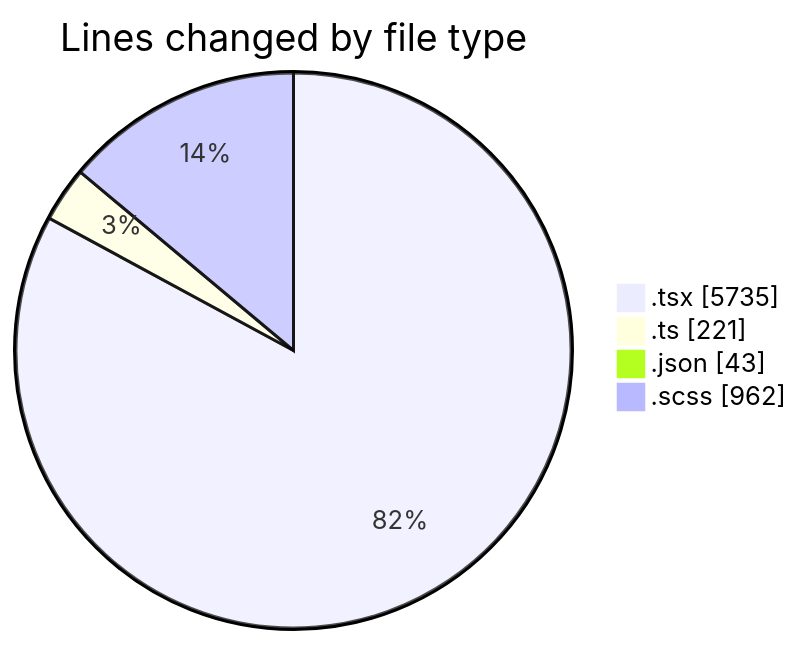
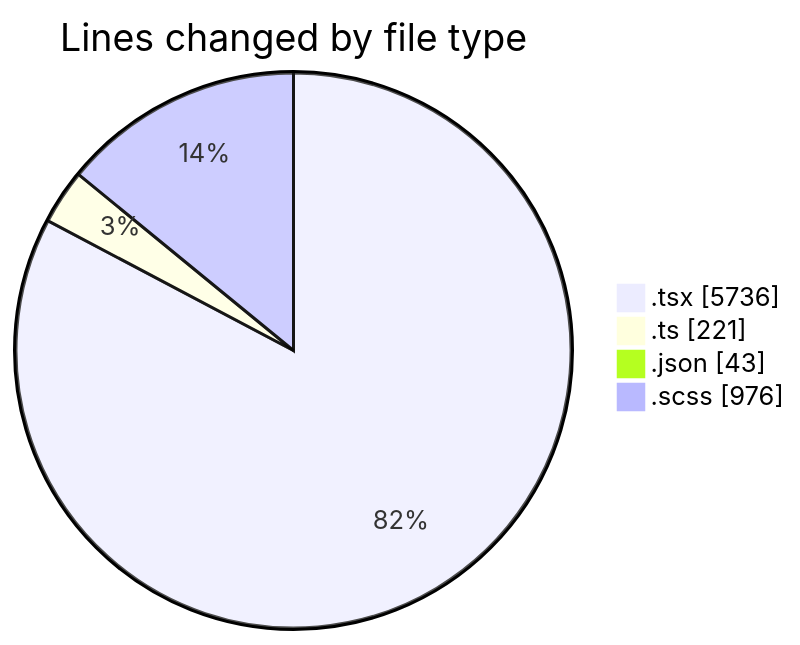
One commit to momahboobian/code-tracking changed the first of 2 diagrams in 2025-09-23/cda/README.md. Above: the diagram before and after it, drawn with Mermaid. The commit also changed other lines of this file and 1 other file, not shown here.

````diff
--- a/2025-09-23/cda/README.md
+++ b/2025-09-23/cda/README.md
@@ -38,8 +38,8 @@
 ```mermaid
 pie showData
 title Lines changed by file type
-".tsx" : 5735
+".tsx" : 5736
 ".ts" : 221
 ".json" : 43
-".scss" : 962
+".scss" : 976
 ```
````
